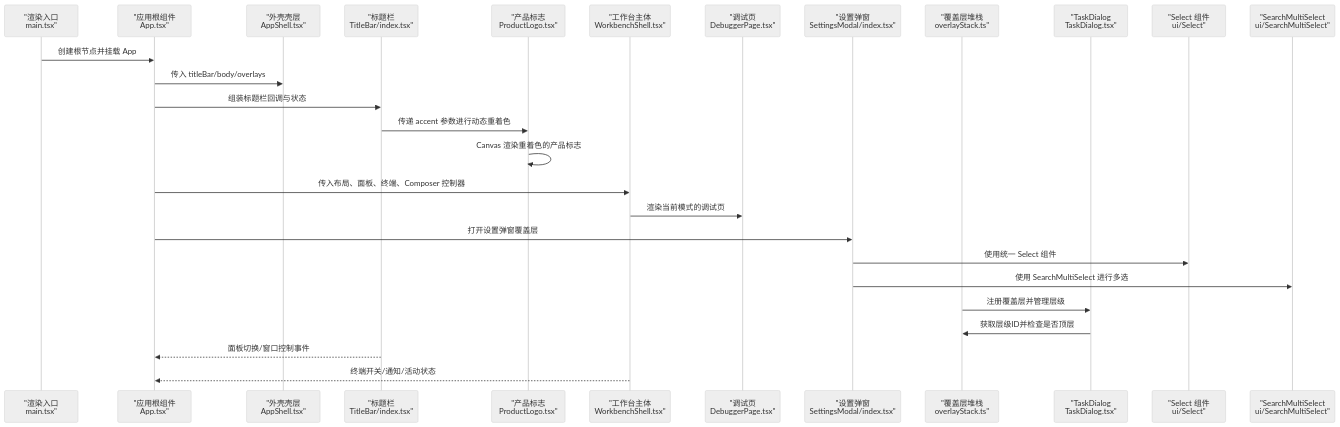
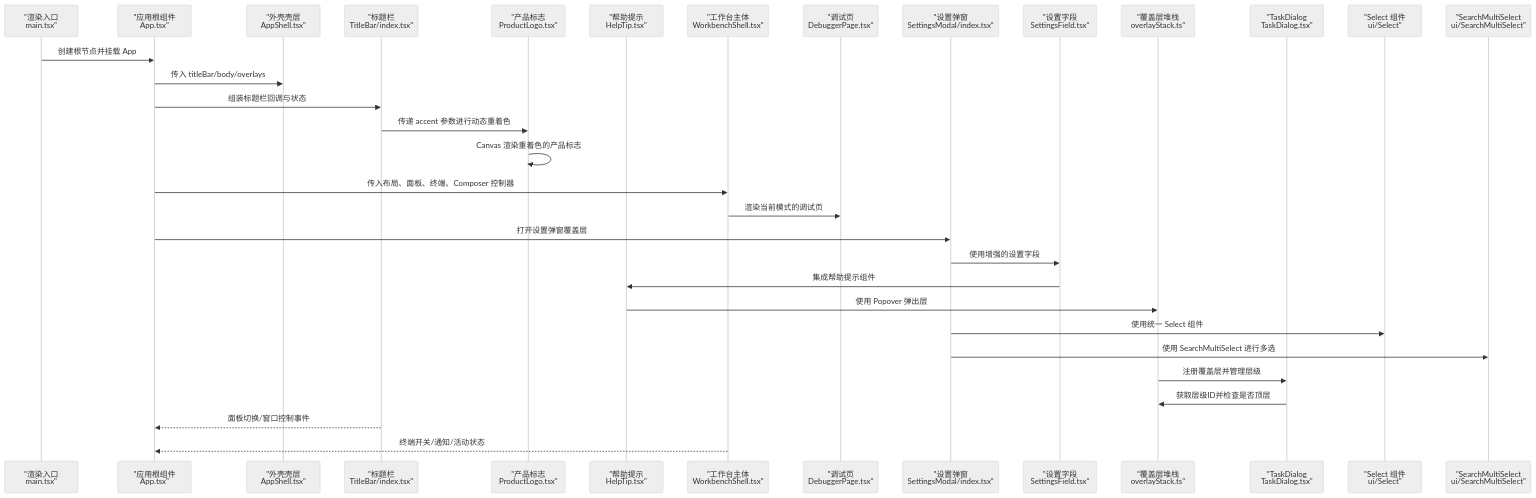
Before and after one commit to haolange/RDC-Agent: the second of 13 diagrams in .qoder/repowiki/zh/content/用户界面/用户界面.md, drawn with Mermaid (neutral theme). The commit also changed other lines of this file and 71 other files, not shown here.

````diff
--- a/.qoder/repowiki/zh/content/用户界面/用户界面.md
+++ b/.qoder/repowiki/zh/content/用户界面/用户界面.md
@@ -146,29 +160,34 @@
 ```mermaid
 sequenceDiagram
 participant M as "渲染入口<br/>main.tsx"
 participant A as "应用根组件<br/>App.tsx"
 participant S as "外壳壳层<br/>AppShell.tsx"
 participant T as "标题栏<br/>TitleBar/index.tsx"
 participant PL as "产品标志<br/>ProductLogo.tsx"
+participant HT as "帮助提示<br/>HelpTip.tsx"
 participant W as "工作台主体<br/>WorkbenchShell.tsx"
 participant P as "调试页<br/>DebuggerPage.tsx"
 participant ST as "设置弹窗<br/>SettingsModal/index.tsx"
+participant SF as "设置字段<br/>SettingsField.tsx"
 participant OS as "覆盖层堆栈<br/>overlayStack.ts"
 participant TD as "TaskDialog<br/>TaskDialog.tsx"
 participant SEL as "Select 组件<br/>ui/Select"
 participant SMS as "SearchMultiSelect<br/>ui/SearchMultiSelect"
 M->>A : 创建根节点并挂载 App
 A->>S : 传入 titleBar/body/overlays
 A->>T : 组装标题栏回调与状态
 T->>PL : 传递 accent 参数进行动态重着色
 PL->>PL : Canvas 渲染重着色的产品标志
 A->>W : 传入布局、面板、终端、Composer 控制器
 W->>P : 渲染当前模式的调试页
 A->>ST : 打开设置弹窗覆盖层
+ST->>SF : 使用增强的设置字段
+SF->>HT : 集成帮助提示组件
+HT->>OS : 使用 Popover 弹出层
 ST->>SEL : 使用统一 Select 组件
 ST->>SMS : 使用 SearchMultiSelect 进行多选
 OS->>TD : 注册覆盖层并管理层级
 TD->>OS : 获取层级ID并检查是否顶层
 T-->>A : 面板切换/窗口控制事件
 W-->>A : 终端开关/通知/活动状态
 ```
````
